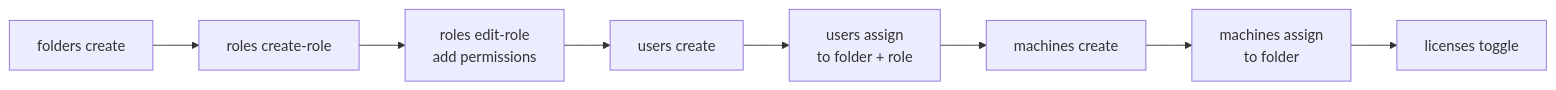
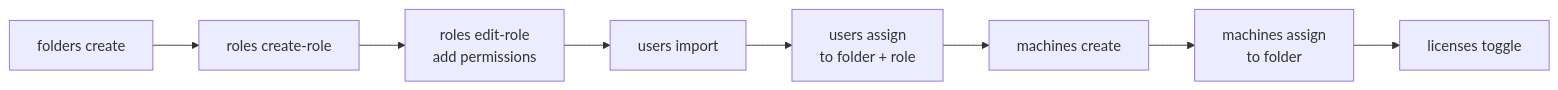
The diagram in skills/uipath-platform/references/orchestrator/setup-environment.md (UiPath/skills), drawn with Mermaid before and after one commit. The commit also changed other lines of this file and 4 other files, not shown here.

First line of the commit message:
docs(uipath-platform): reflect CLI 1.0 changes — users import, deploy auto-activate, project list, --name filter

````diff
--- a/skills/uipath-platform/references/orchestrator/setup-environment.md
+++ b/skills/uipath-platform/references/orchestrator/setup-environment.md
@@ -24,10 +24,10 @@
 ```mermaid
 graph LR
     A[folders create] --> B[roles create-role]
     B --> C[roles edit-role<br/>add permissions]
-    C --> D[users create]
+    C --> D[users import]
     D --> E[users assign<br/>to folder + role]
     E --> F[machines create]
     F --> G[machines assign<br/>to folder]
     G --> H[licenses toggle]
 ```
````
